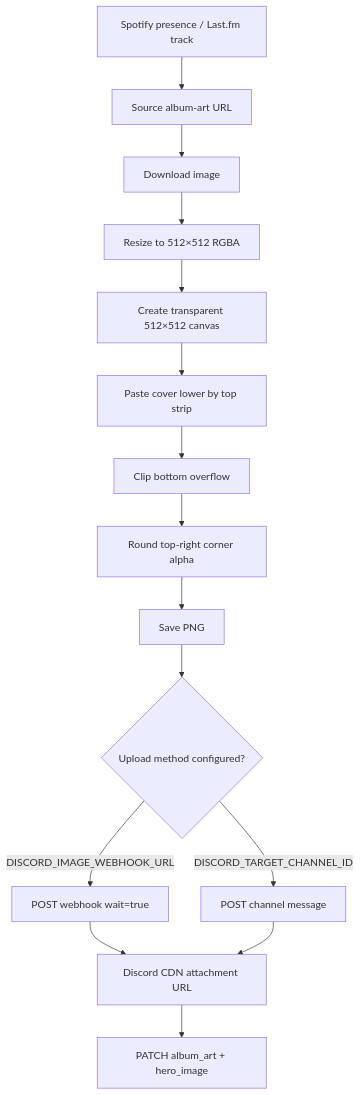
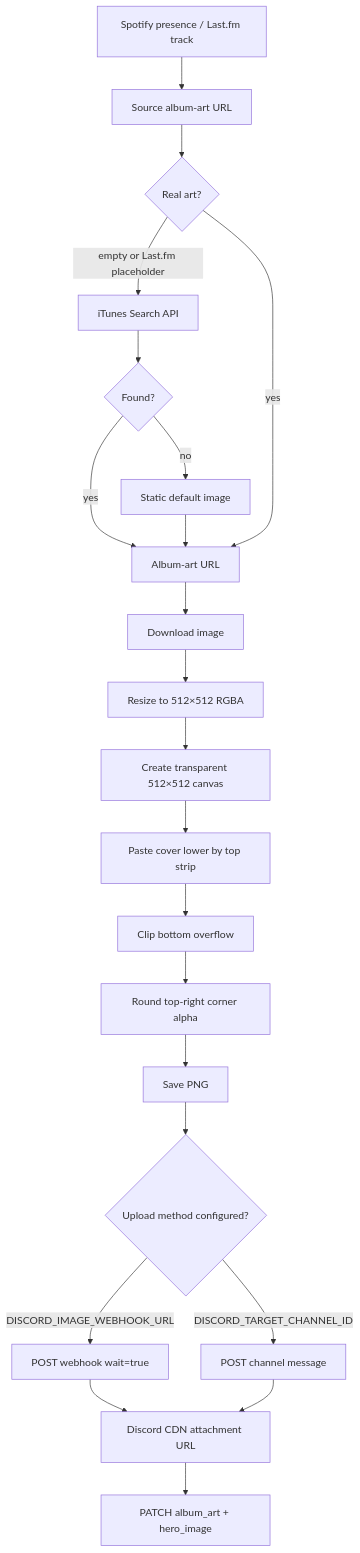
Before and after one commit to MeYashverma/discord-stats.fm-widget: the diagram in docs/IMAGE_PIPELINE.md, drawn with Mermaid. The commit also changed other lines of this file, not shown here.

First line of the commit message:
Document album-art failover process in IMAGE_PIPELINE.md

````diff
--- a/docs/IMAGE_PIPELINE.md
+++ b/docs/IMAGE_PIPELINE.md
@@ -17,17 +50,24 @@
 ```mermaid
 flowchart TD
-    A[Spotify presence / Last.fm track] --> B[Source album-art URL]
+    A[Spotify presence / Last.fm track] --> A1[Source album-art URL]
+    A1 --> A2{Real art?}
+    A2 -->|empty or Last.fm placeholder| A3[iTunes Search API]
+    A3 --> A4{Found?}
+    A4 -->|yes| B[Album-art URL]
+    A4 -->|no| A5[Static default image]
+    A5 --> B
+    A2 -->|yes| B
     B --> C[Download image]
     C --> D[Resize to 512×512 RGBA]
     D --> E[Create transparent 512×512 canvas]
     E --> F[Paste cover lower by top strip]
     F --> G[Clip bottom overflow]
     G --> H[Round top-right corner alpha]
     H --> I[Save PNG]
     I --> J{Upload method configured?}
     J -->|DISCORD_IMAGE_WEBHOOK_URL| K[POST webhook wait=true]
     J -->|DISCORD_TARGET_CHANNEL_ID| L[POST channel message]
     K --> M[Discord CDN attachment URL]
     L --> M
     M --> N[PATCH album_art + hero_image]
 ```
````
